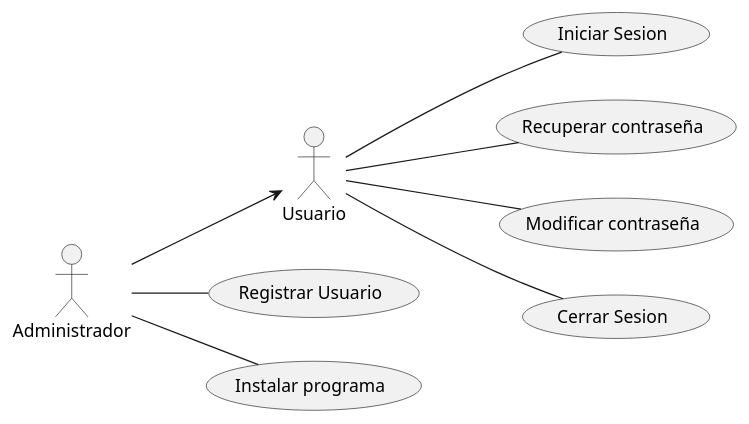
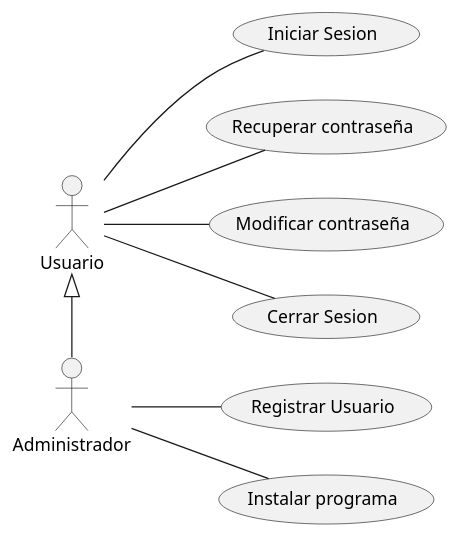
Before and after one commit to Jonycuenca/Casos_de_uso: the diagram in src/Usuarios_Administradores.puml, drawn with PlantUML. The commit also changed 2 other files, not shown here.

```diff
--- a/src/Usuarios_Administradores.puml
+++ b/src/Usuarios_Administradores.puml
@@ -1,26 +1,26 @@
 @startuml
 'https://plantuml.com/sequence-diagram
 
 left to right direction
 Actor Usuario as U
 Actor Administrador as A
 
 
 usecase "Iniciar Sesion" as IS
 usecase "Recuperar contraseña" as RC
 usecase "Modificar contraseña" as MC
 usecase "Cerrar Sesion" as CS
 usecase "Registrar Usuario" as RU
 usecase "Instalar programa" as IP
 
-A --> U
+U <|- A
 U -- IS
 U -- RC
 U -- MC
 U -- CS
 A -- RU
 A -- IP
 
 
 
 @enduml
```
